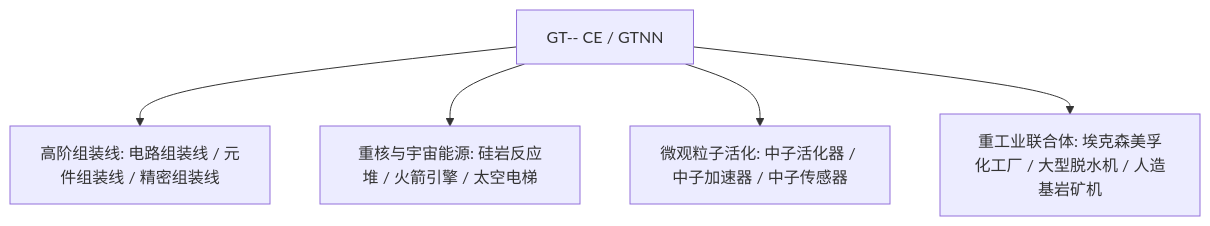
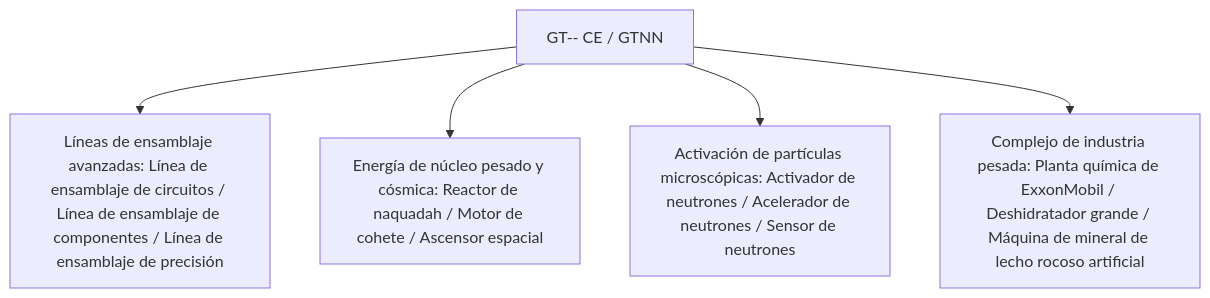
One commit to takanashisatou/GregtechEasy-Docs changed the diagram in docs/es/gt-minus-minus/index.md. Above: the diagram before and after it, drawn with Mermaid. The commit also changed other lines of this file and 9 other files, not shown here.

````diff
--- a/docs/es/gt-minus-minus/index.md
+++ b/docs/es/gt-minus-minus/index.md
@@ -12,7 +12,7 @@
 ```mermaid
 graph TD
-    A[GT-- CE / GTNN] --> B[高阶组装线: 电路组装线 / 元件组装线 / 精密组装线]
-    A --> C[重核与宇宙能源: 硅岩反应堆 / 火箭引擎 / 太空电梯]
-    A --> D[微观粒子活化: 中子活化器 / 中子加速器 / 中子传感器]
-    A --> E[重工业联合体: 埃克森美孚化工厂 / 大型脱水机 / 人造基岩矿机]
+    A[GT-- CE / GTNN] --> B[Líneas de ensamblaje avanzadas: Línea de ensamblaje de circuitos / Línea de ensamblaje de componentes / Línea de ensamblaje de precisión]
+    A --> C[Energía de núcleo pesado y cósmica: Reactor de naquadah / Motor de cohete / Ascensor espacial]
+    A --> D[Activación de partículas microscópicas: Activador de neutrones / Acelerador de neutrones / Sensor de neutrones]
+    A --> E[Complejo de industria pesada: Planta química de ExxonMobil / Deshidratador grande / Máquina de mineral de lecho rocoso artificial]
 ```
````
